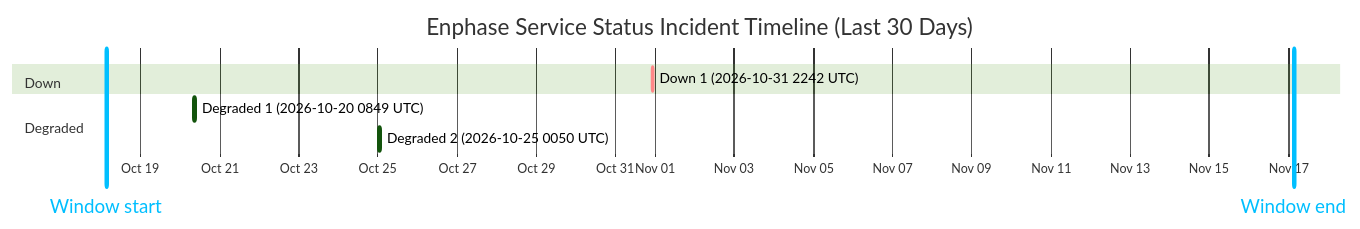
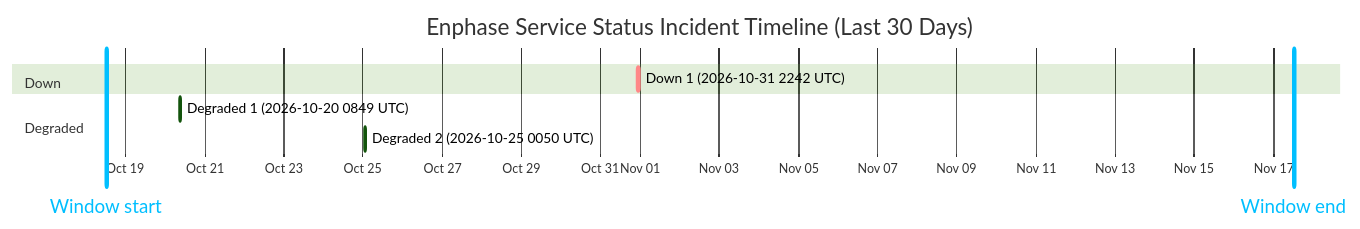
One commit to barneyonline/ha-enphase-energy changed the diagram in wiki/Service-Status-History.md. Above: the diagram before and after it, drawn with Mermaid (forest theme). The commit also changed other lines of this file and 3 other files, not shown here.

````diff
--- a/wiki/Service-Status-History.md
+++ b/wiki/Service-Status-History.md
@@ -14,13 +14,13 @@
 ```mermaid
 gantt
     title Enphase Service Status Incident Timeline (Last 30 Days)
     dateFormat  YYYY-MM-DDTHH:mm:ss
     axisFormat  %b %d
-    Window start :vert, window-start, 2026-10-18T03:24:05, 0ms
-    Window end :vert, window-end, 2026-11-17T03:24:05, 0ms
+    Window start :vert, window-start, 2026-10-18T12:16:20, 0ms
+    Window end :vert, window-end, 2026-11-17T12:16:20, 0ms
     section Down
     Down 1 (2026-10-31 2242 UTC) :crit, down-1, 2026-10-31T22:42:18, 60m
     section Degraded
     Degraded 1 (2026-10-20 0849 UTC) :active, degraded-1, 2026-10-20T08:49:49, 60m
     Degraded 2 (2026-10-25 0050 UTC) :active, degraded-2, 2026-10-25T00:50:01, 60m
 ```
````
